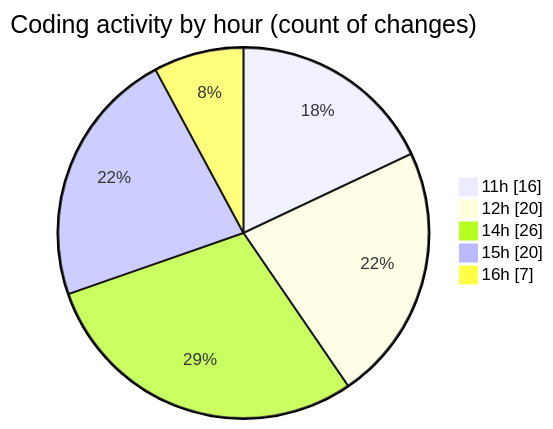
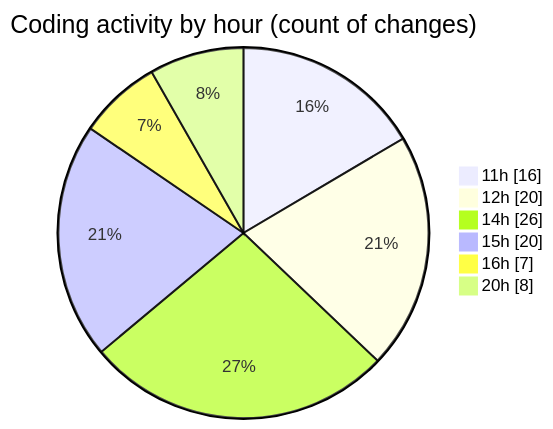
Before and after one commit to Netris89/code-tracking: the second of 2 diagrams in 2025-03-26/back-end/README.md, drawn with Mermaid. The commit also changed other lines of this file and 1 other file, not shown here.

````diff
--- a/2025-03-26/back-end/README.md
+++ b/2025-03-26/back-end/README.md
@@ -57,9 +58,10 @@
 ```mermaid
 pie showData
 title Coding activity by hour (count of changes)
 "11h" : 16
 "12h" : 20
 "14h" : 26
 "15h" : 20
 "16h" : 7
+"20h" : 8
 ```
````
